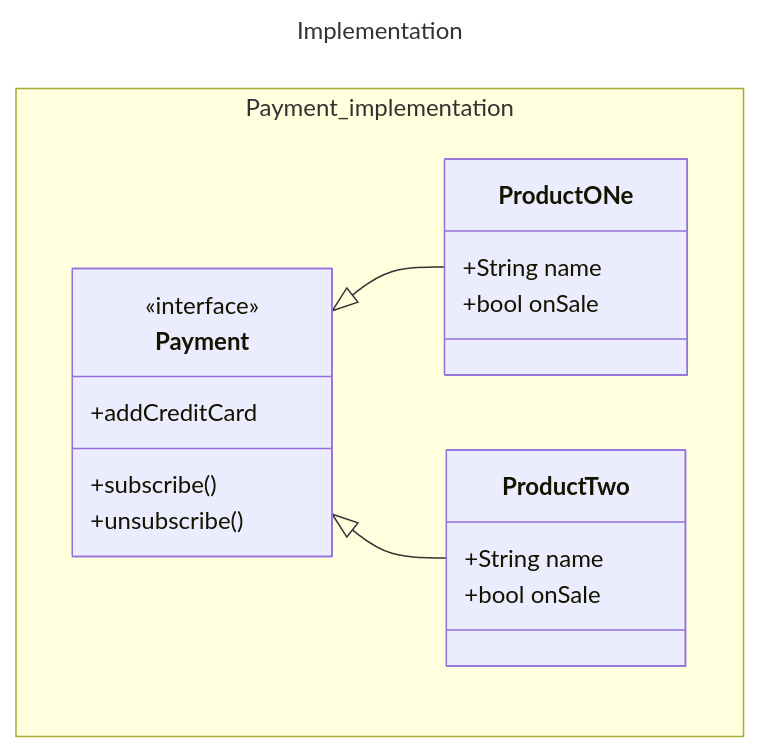
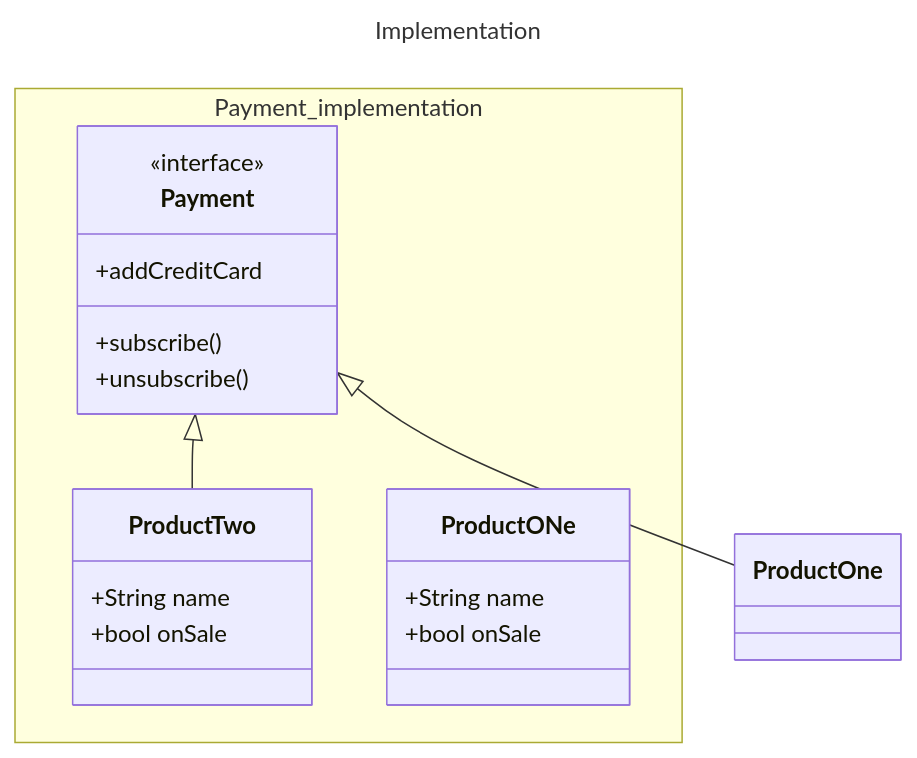
The diagram in poo/implementation.md (williamelias/Design-Patterns-python), drawn with Mermaid before and after one commit. The commit also changed 2 other files, not shown here.

Commit message:
doc: change implementation from markdown image to html image.

````diff
--- a/poo/implementation.md
+++ b/poo/implementation.md
@@ -1,25 +1,25 @@
 ```mermaid
 ---
 title: Implementation
 ---
 classDiagram
-    Payment <|-- ProductONe
+    Payment <|-- ProductOne
     Payment <|-- ProductTwo
 
     namespace Payment_implementation{
         class Payment{
             <<interface>>
             +subscribe()
             +unsubscribe()
             +addCreditCard
         }
         class ProductONe{
             +String name
             +bool onSale
         }
         class ProductTwo{
             +String name
             +bool onSale
         }
     }
 ```
````
